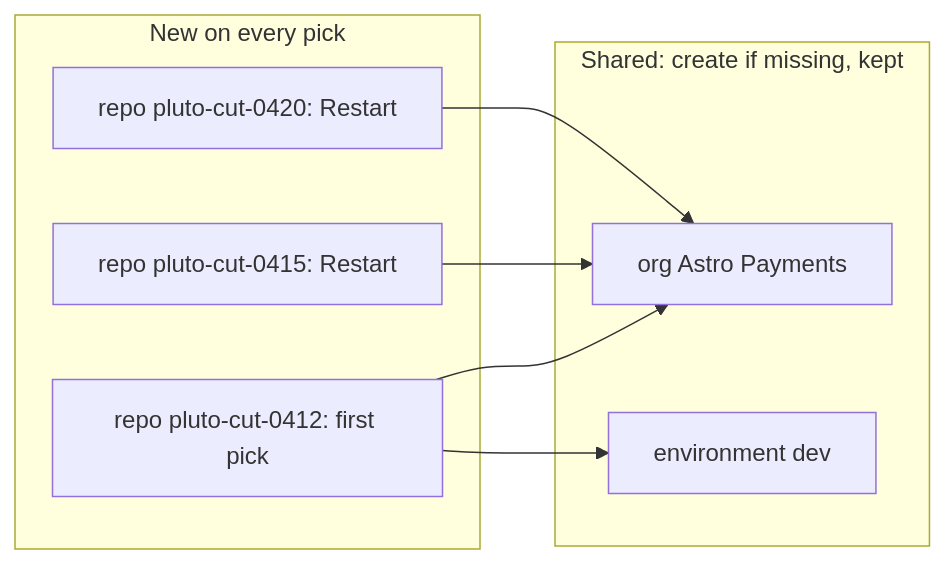
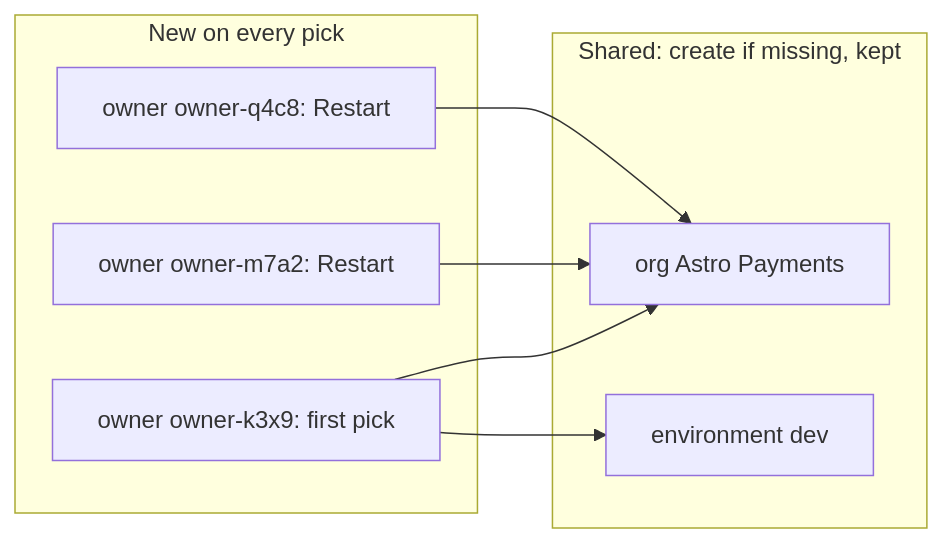
The third of 5 diagrams in plugins/naphatwx-tools/skills/play-scenarios/README.md (naphatwx/naphatwx-tools), drawn with Mermaid before and after one commit. The commit also changed other lines of this file and 60 other files, not shown here.

````diff
--- a/plugins/naphatwx-tools/skills/play-scenarios/README.md
+++ b/plugins/naphatwx-tools/skills/play-scenarios/README.md
@@ -88,16 +88,16 @@
 ```mermaid
 graph LR
     subgraph SHARED["Shared: create if missing, kept"]
         O[org Astro Payments]
         E[environment dev]
     end
     subgraph NEW["New on every pick"]
-        N1[repo pluto-cut-0412: first pick]
-        N2[repo pluto-cut-0415: Restart]
-        N3[repo pluto-cut-0420: Restart]
+        N1[owner owner-k3x9: first pick]
+        N2[owner owner-m7a2: Restart]
+        N3[owner owner-q4c8: Restart]
     end
     N1 --> O
     N2 --> O
     N3 --> O
     N1 --> E
 ```
````
